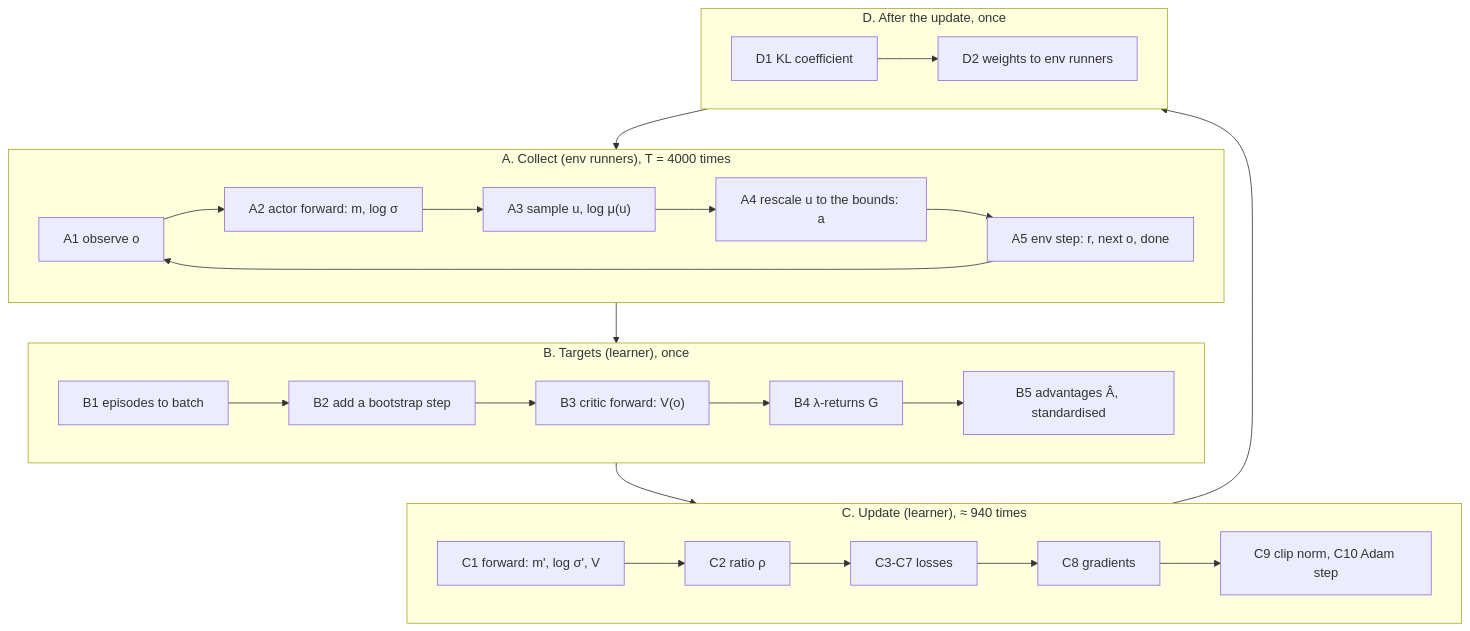
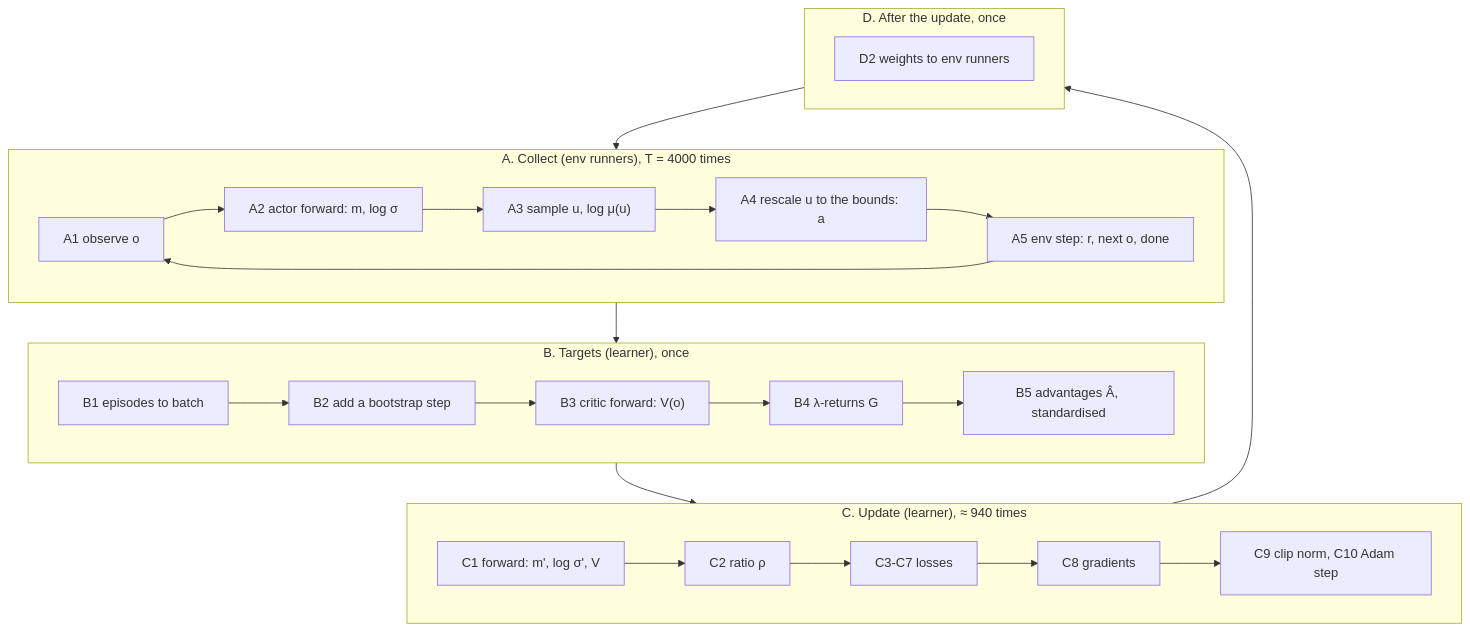
One commit to KevinRapo/P2P-thesis changed the diagram in docs/rl/cycle.md. Above: the diagram before and after it, drawn with Mermaid. The commit also changed other lines of this file and 3 other files, not shown here.

````diff
--- a/docs/rl/cycle.md
+++ b/docs/rl/cycle.md
@@ -50,26 +54,26 @@
 ```mermaid
 flowchart TD
     subgraph A["A. Collect (env runners), T = 4000 times"]
         A1["A1 observe o"] --> A2["A2 actor forward: m, log σ"]
         A2 --> A3["A3 sample u, log μ(u)"]
         A3 --> A4["A4 rescale u to the bounds: a"]
         A4 --> A5["A5 env step: r, next o, done"]
         A5 --> A1
     end
     subgraph B["B. Targets (learner), once"]
         B1["B1 episodes to batch"] --> B2["B2 add a bootstrap step"]
         B2 --> B3["B3 critic forward: V(o)"]
         B3 --> B4["B4 λ-returns G"]
         B4 --> B5["B5 advantages Â, standardised"]
     end
     subgraph C["C. Update (learner), ≈ 940 times"]
         C1["C1 forward: m', log σ', V"] --> C2["C2 ratio ρ"]
         C2 --> C3["C3-C7 losses"]
         C3 --> C4["C8 gradients"]
         C4 --> C5["C9 clip norm, C10 Adam step"]
     end
     subgraph D["D. After the update, once"]
-        D1["D1 KL coefficient"] --> D2["D2 weights to env runners"]
+        D2["D2 weights to env runners"]
     end
     A --> B --> C --> D --> A
 ```
````
